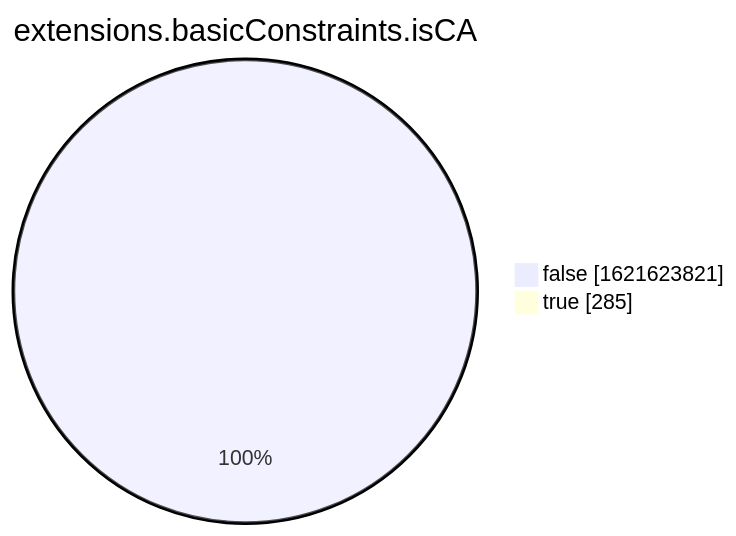
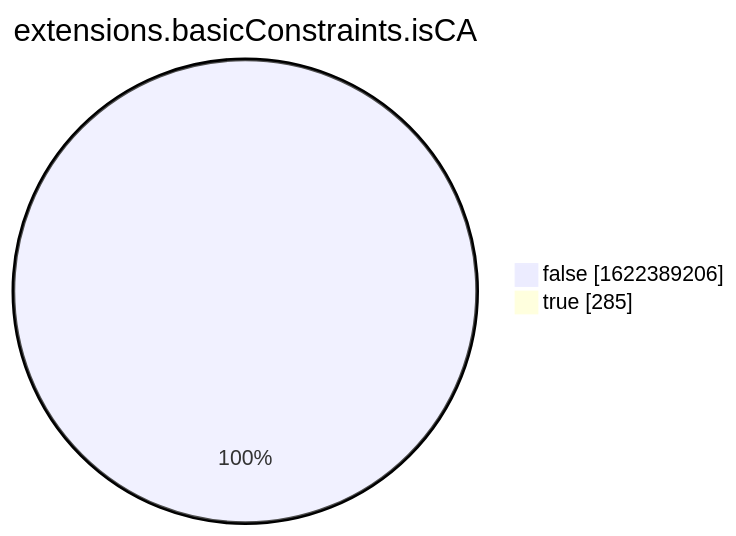
The eighth of 15 diagrams in xenon2022/README.md (christiankrug/ctmonitor_visualization), drawn with Mermaid before and after one commit. The commit also changed other lines of this file, not shown here.

````diff
--- a/xenon2022/README.md
+++ b/xenon2022/README.md
@@ -2863,6 +2863,6 @@
 ```mermaid
 pie showData
 title extensions.basicConstraints.isCA
-"false" :1621623821
+"false" :1622389206
 "true" :285
 ```
````
